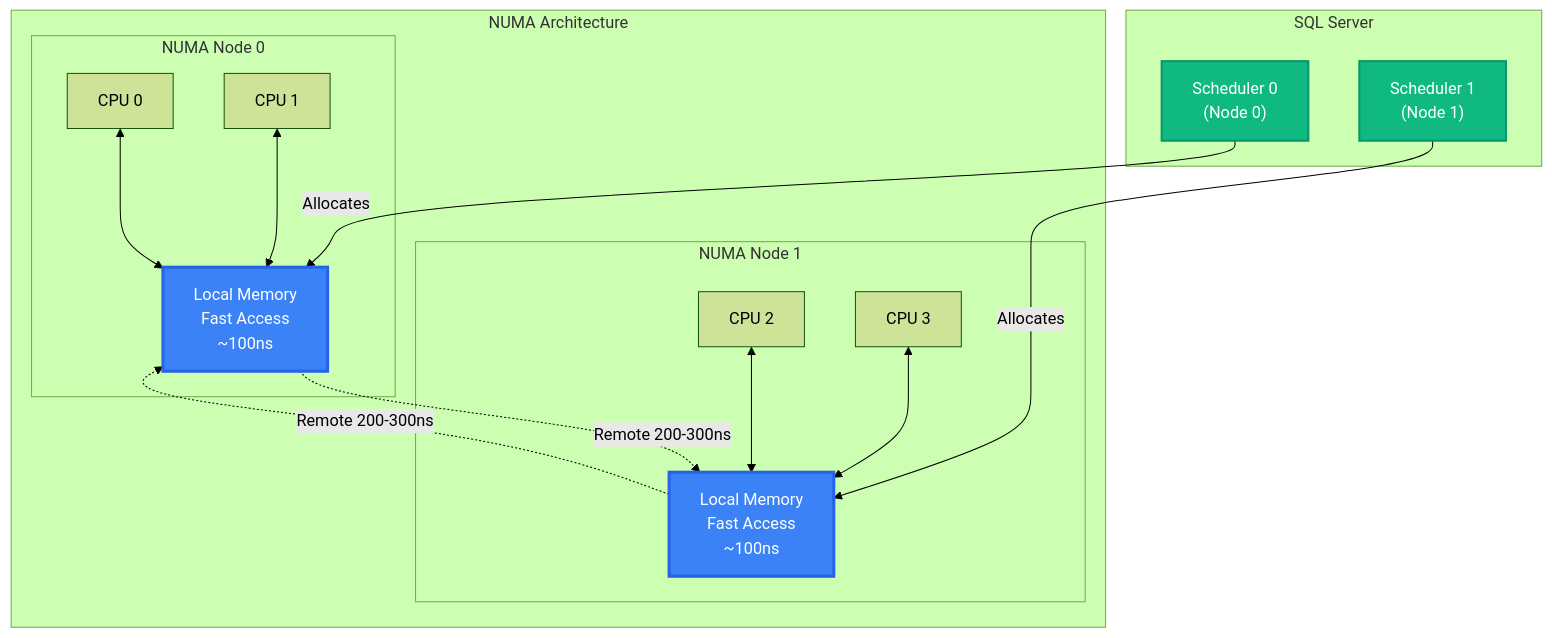
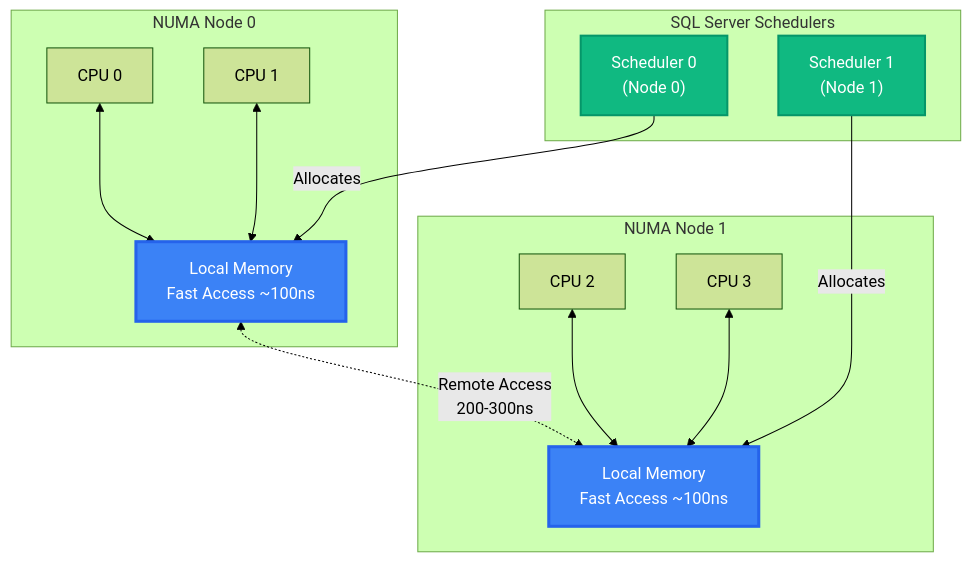
Before and after one commit to phakkhaphong/sql-server-performance-tuning: the first of 7 diagrams in Module_04_Memory/README.md, drawn with Mermaid (forest theme). The commit also changed other lines of this file, not shown here.

Commit message:
Refactor README diagrams for SQL Server Memory Models and Resource Governor, enhancing clarity by updating layout direction, simplifying annotations, and improving visual representation of memory allocation processes and performance indicators.

````diff
--- a/Module_04_Memory/README.md
+++ b/Module_04_Memory/README.md
@@ -37,36 +37,33 @@
 ```mermaid
-graph TB
-    subgraph NUMAArch["NUMA Architecture"]
-        subgraph Node0["NUMA Node 0"]
-            CPU0A["CPU 0"]
-            CPU0B["CPU 1"]
-            LocalMem0["Local Memory<br/>Fast Access<br/>~100ns"]
-            CPU0A <--> LocalMem0
-            CPU0B <--> LocalMem0
-        end
-        
-        subgraph Node1["NUMA Node 1"]
-            CPU1A["CPU 2"]
-            CPU1B["CPU 3"]
-            LocalMem1["Local Memory<br/>Fast Access<br/>~100ns"]
-            CPU1A <--> LocalMem1
-            CPU1B <--> LocalMem1
-        end
-        
-        LocalMem0 -.->|Remote 200-300ns| LocalMem1
-        LocalMem1 -.->|Remote 200-300ns| LocalMem0
+flowchart TB
+    subgraph Node0["NUMA Node 0"]
+        CPU0A["CPU 0"]
+        CPU0B["CPU 1"]
+        LocalMem0["Local Memory<br/>Fast Access ~100ns"]
+        CPU0A <--> LocalMem0
+        CPU0B <--> LocalMem0
     end
     
-    subgraph SQLServer2["SQL Server"]
+    subgraph Node1["NUMA Node 1"]
+        CPU1A["CPU 2"]
+        CPU1B["CPU 3"]
+        LocalMem1["Local Memory<br/>Fast Access ~100ns"]
+        CPU1A <--> LocalMem1
+        CPU1B <--> LocalMem1
+    end
+    
+    subgraph SQLServer2["SQL Server Schedulers"]
         Scheduler0["Scheduler 0<br/>(Node 0)"]
         Scheduler1["Scheduler 1<br/>(Node 1)"]
-        
-        Scheduler0 -->|Allocates| LocalMem0
-        Scheduler1 -->|Allocates| LocalMem1
     end
+    
+    LocalMem0 <-.->|Remote Access<br/>200-300ns| LocalMem1
+    
+    Scheduler0 -->|Allocates| LocalMem0
+    Scheduler1 -->|Allocates| LocalMem1
     
     style LocalMem0 fill:#3b82f6,stroke:#2563eb,stroke-width:3px,color:#fff
     style LocalMem1 fill:#3b82f6,stroke:#2563eb,stroke-width:3px,color:#fff
     style Scheduler0 fill:#10b981,stroke:#059669,stroke-width:2px,color:#fff
     style Scheduler1 fill:#10b981,stroke:#059669,stroke-width:2px,color:#fff
 ```
````
